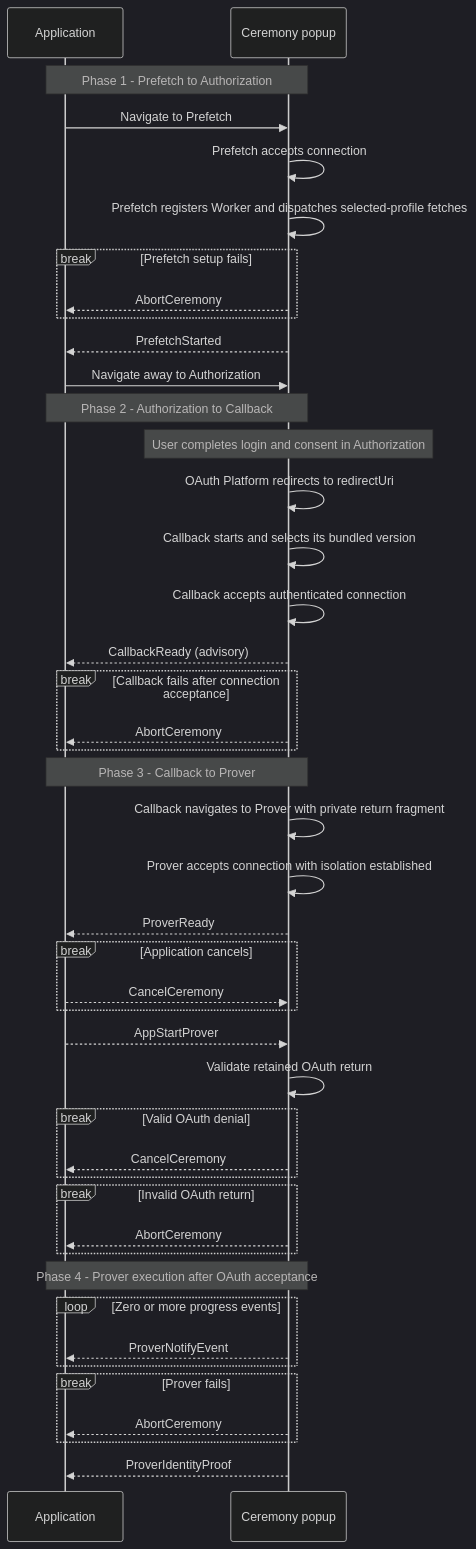
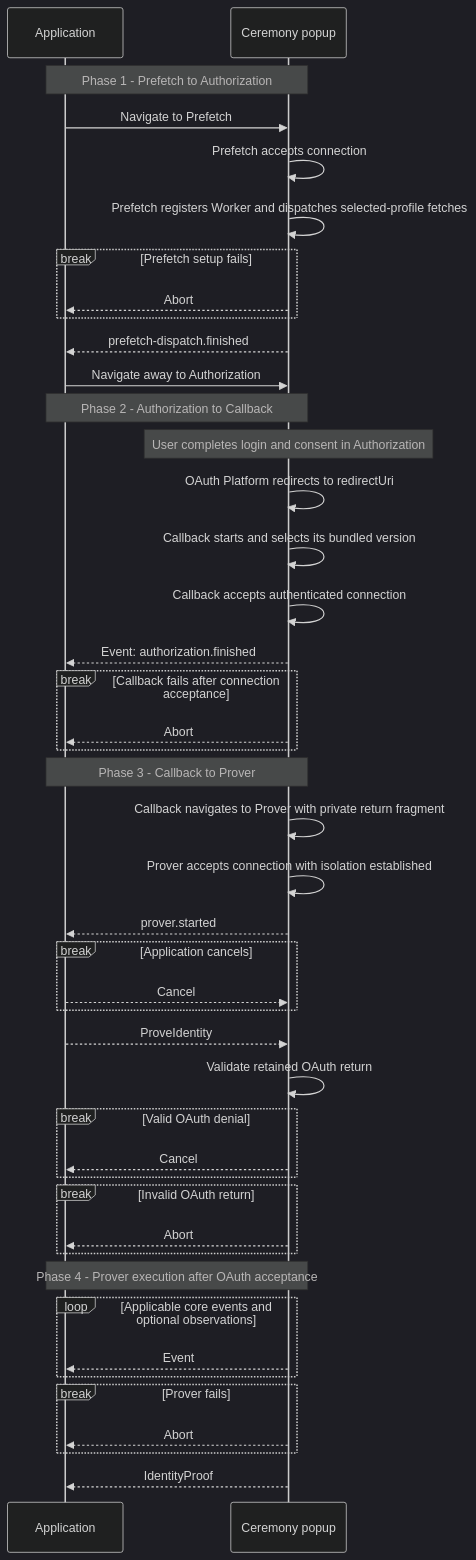
The diagram in ts/packages/ceremony/docs/protocol.md (libid-org/libid), drawn with Mermaid (dark theme) before and after one commit. The commit also changed other lines of this file and 59 other files, not shown here.

First line of the commit message:
refactor(ceremony): unify protocol operation events

````diff
--- a/ts/packages/ceremony/docs/protocol.md
+++ b/ts/packages/ceremony/docs/protocol.md
@@ -427,50 +427,50 @@
 ```mermaid
 sequenceDiagram
     participant A as Application
     participant P as Ceremony popup
 
     Note over A,P: Phase 1 - Prefetch to Authorization
     A->>P: Navigate to Prefetch
     P->>P: Prefetch accepts connection
     P->>P: Prefetch registers Worker and dispatches selected-profile fetches
     break Prefetch setup fails
-        P-->>A: AbortCeremony
+        P-->>A: Abort
     end
-    P-->>A: PrefetchStarted
+    P-->>A: prefetch-dispatch.finished
     A->>P: Navigate away to Authorization
 
     Note over A,P: Phase 2 - Authorization to Callback
     Note over P: User completes login and consent in Authorization
     P->>P: OAuth Platform redirects to redirectUri
     P->>P: Callback starts and selects its bundled version
     P->>P: Callback accepts authenticated connection
-    P-->>A: CallbackReady (advisory)
+    P-->>A: Event: authorization.finished
     break Callback fails after connection acceptance
-        P-->>A: AbortCeremony
+        P-->>A: Abort
     end
 
     Note over A,P: Phase 3 - Callback to Prover
     P->>P: Callback navigates to Prover with private return fragment
     P->>P: Prover accepts connection with isolation established
-    P-->>A: ProverReady
+    P-->>A: prover.started
     break Application cancels
-        A-->>P: CancelCeremony
+        A-->>P: Cancel
     end
-    A-->>P: AppStartProver
+    A-->>P: ProveIdentity
 
     P->>P: Validate retained OAuth return
     break Valid OAuth denial
-        P-->>A: CancelCeremony
+        P-->>A: Cancel
     end
     break Invalid OAuth return
-        P-->>A: AbortCeremony
+        P-->>A: Abort
     end
     Note over A,P: Phase 4 - Prover execution after OAuth acceptance
-    loop Zero or more progress events
-        P-->>A: ProverNotifyEvent
+    loop Applicable core events and optional observations
+        P-->>A: Event
     end
     break Prover fails
-        P-->>A: AbortCeremony
+        P-->>A: Abort
     end
-    P-->>A: ProverIdentityProof
+    P-->>A: IdentityProof
 ```
````
